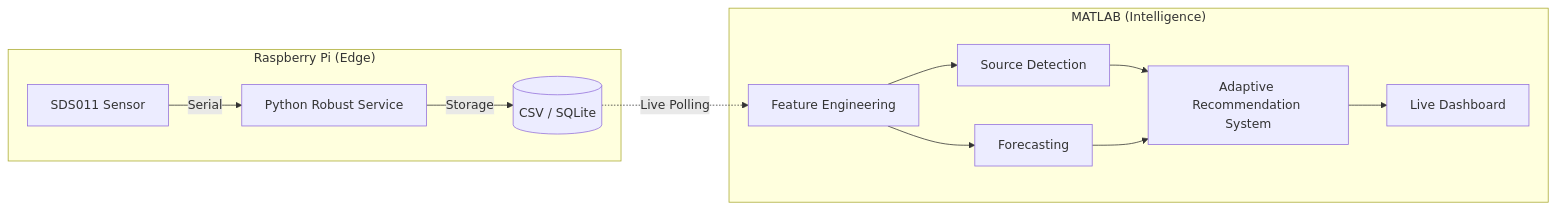
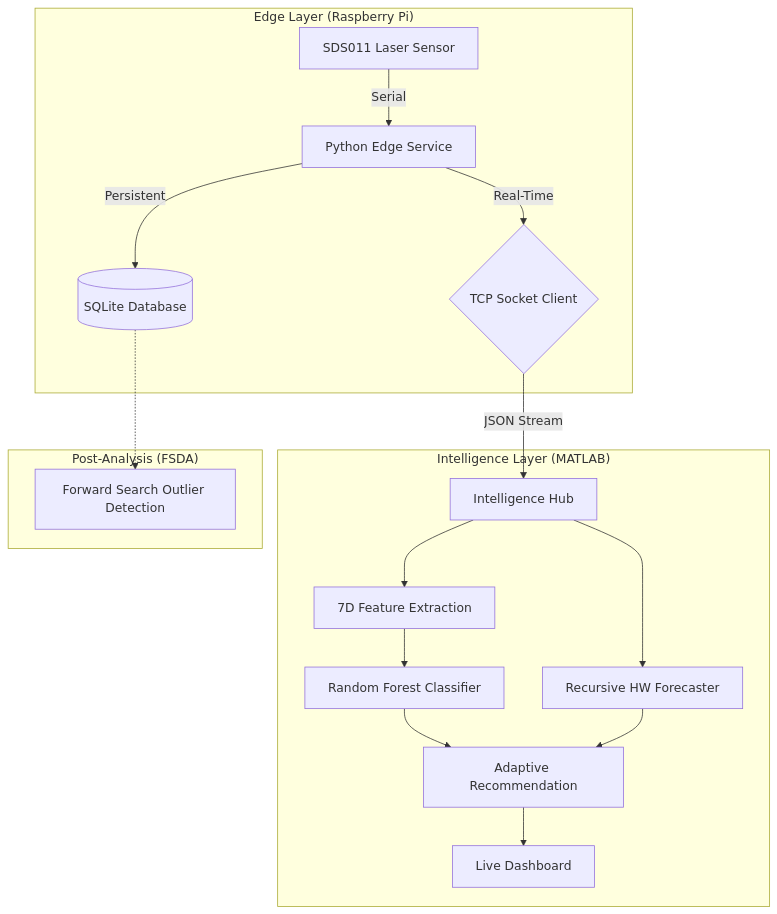
The diagram in README.md (Ibrahimboutal/Intelligent-Air-Quality-System-with-Source-Detection-and-Adaptive-Recommendations), drawn with Mermaid before and after one commit. The commit also changed other lines of this file, not shown here.

Commit message:
refactor: update README with architectural documentation, research highlights, and refined deployment instructions

````diff
--- a/README.md
+++ b/README.md
@@ -24,16 +28,22 @@
 ```mermaid
-flowchart LR
-    subgraph "Raspberry Pi (Edge)"
-        A[SDS011 Sensor] -->|Serial| B[Python Robust Service]
-        B -->|Storage| C[(CSV / SQLite)]
+flowchart TD
+    subgraph "Edge Layer (Raspberry Pi)"
+        A[SDS011 Laser Sensor] -->|Serial| B[Python Edge Service]
+        B -->|Persistent| C[(SQLite Database)]
+        B -->|Real-Time| D{TCP Socket Client}
     end
     
-    subgraph "MATLAB (Intelligence)"
-        C -.->|Live Polling| D[Feature Engineering]
-        D --> E[Source Detection]
-        D --> F[Forecasting]
-        E --> G[Adaptive Recommendation System]
-        F --> G
-        G --> H[Live Dashboard]
+    subgraph "Intelligence Layer (MATLAB)"
+        D -->|JSON Stream| E[Intelligence Hub]
+        E --> F[7D Feature Extraction]
+        F --> G[Random Forest Classifier]
+        E --> H[Recursive HW Forecaster]
+        G --> I[Adaptive Recommendation]
+        H --> I
+        I --> J[Live Dashboard]
+    end
+    
+    subgraph "Post-Analysis (FSDA)"
+        C -.-> K[Forward Search Outlier Detection]
     end
 ```
````
